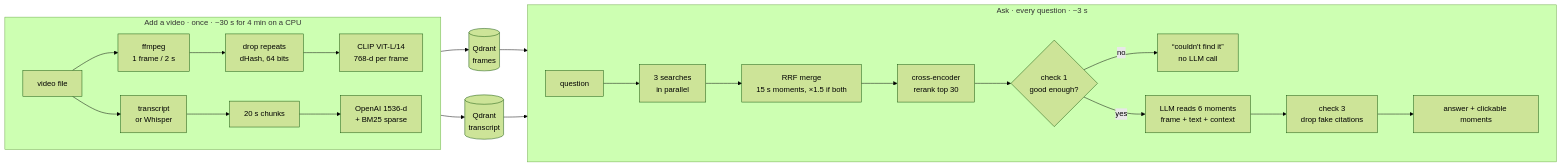
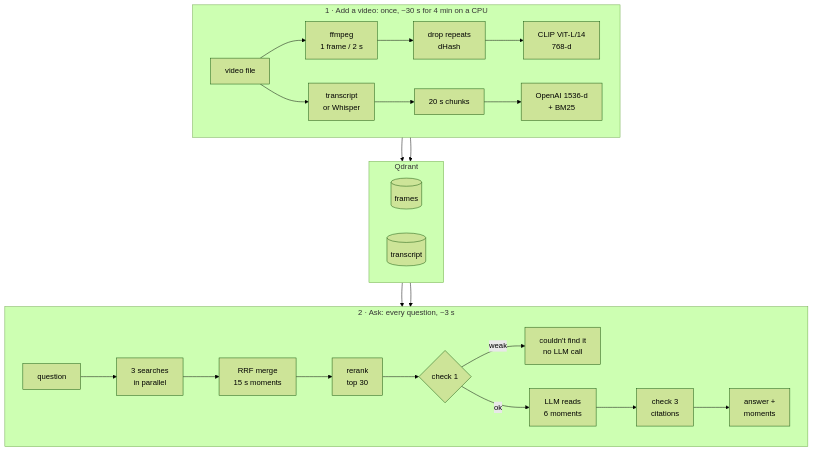
One commit to hamzafarooq/momentsearch-workshop changed the diagram in README.md. Above: the diagram before and after it, drawn with Mermaid (forest theme).

Commit message:
README: stack the architecture diagram so it reads at GitHub width

````diff
--- a/README.md
+++ b/README.md
@@ -29,18 +29,23 @@
 ```mermaid
-flowchart LR
-  subgraph ingest["Add a video · once · ~30 s for 4 min on a CPU"]
+flowchart TB
+  subgraph ingest["1 · Add a video: once, ~30 s for 4 min on a CPU"]
     direction LR
-    V[video file] --> F["ffmpeg<br/>1 frame / 2 s"] --> D["drop repeats<br/>dHash, 64 bits"] --> C["CLIP ViT-L/14<br/>768-d per frame"]
-    V --> T["transcript<br/>or Whisper"] --> K["20 s chunks"] --> E["OpenAI 1536-d<br/>+ BM25 sparse"]
+    V[video file] --> F["ffmpeg<br/>1 frame / 2 s"] --> D["drop repeats<br/>dHash"] --> C["CLIP ViT-L/14<br/>768-d"]
+    V --> T["transcript<br/>or Whisper"] --> K["20 s chunks"] --> E["OpenAI 1536-d<br/>+ BM25"]
   end
-  C --> QI[("Qdrant<br/>frames")]
-  E --> QT[("Qdrant<br/>transcript")]
-  subgraph ask["Ask · every question · ~3 s"]
+  subgraph store["Qdrant"]
     direction LR
-    Q[question] --> S["3 searches<br/>in parallel"] --> R["RRF merge<br/>15 s moments, ×1.5 if both"] --> X["cross-encoder<br/>rerank top 30"] --> G{"check 1<br/>good enough?"}
-    G -- no --> N["“couldn't find it”<br/>no LLM call"]
-    G -- yes --> L["LLM reads 6 moments<br/>frame + text + context"] --> Z["check 3<br/>drop fake citations"] --> A[answer + clickable moments]
+    QI[("frames")]
+    QT[("transcript")]
   end
+  subgraph ask["2 · Ask: every question, ~3 s"]
+    direction LR
+    Q[question] --> S["3 searches<br/>in parallel"] --> R["RRF merge<br/>15 s moments"] --> X["rerank<br/>top 30"] --> G{"check 1"}
+    G -- weak --> N["couldn't find it<br/>no LLM call"]
+    G -- ok --> L["LLM reads<br/>6 moments"] --> Z["check 3<br/>citations"] --> A[answer +<br/>moments]
+  end
+  C --> QI
+  E --> QT
   QI --> S
   QT --> S
 ```
````
